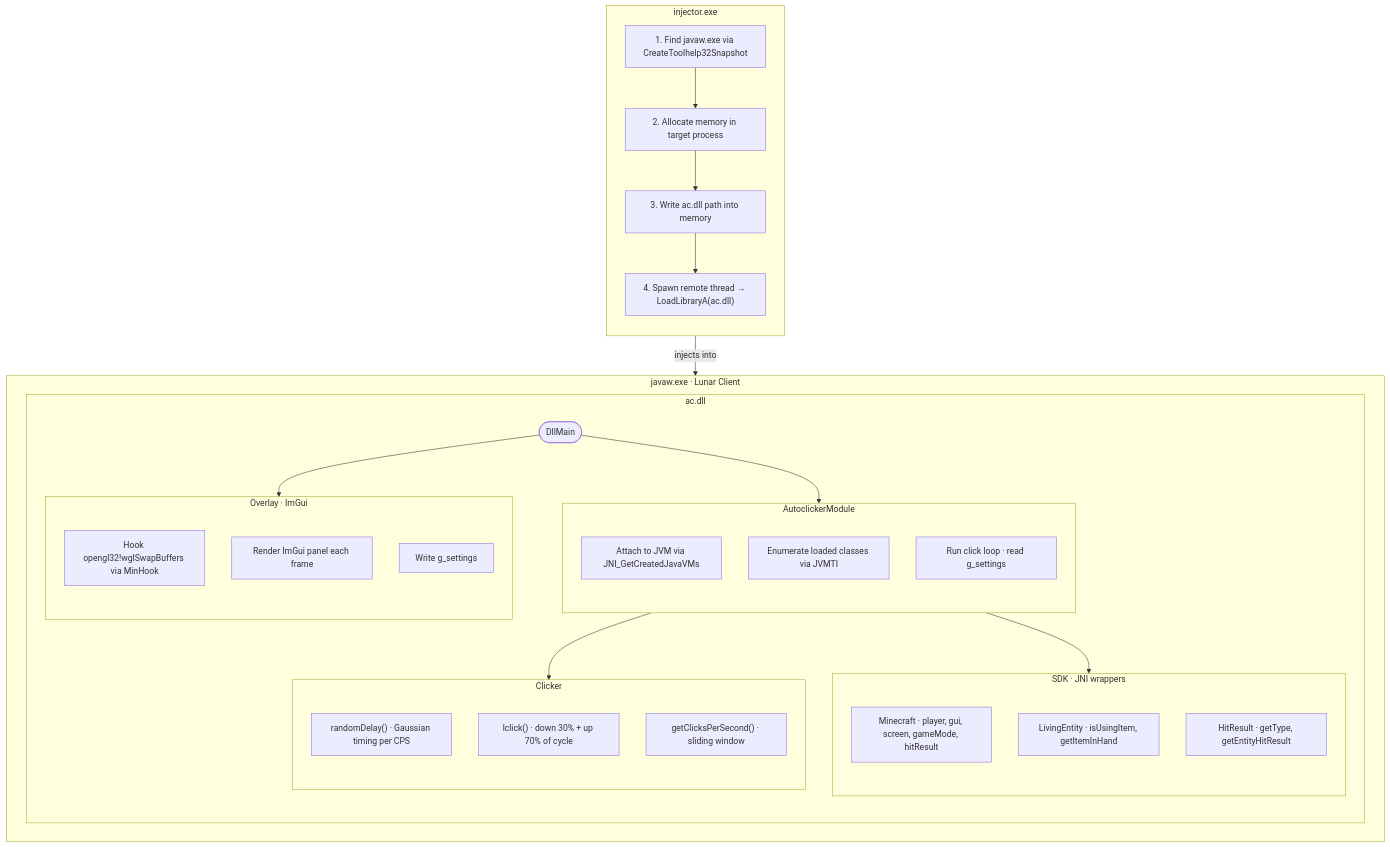
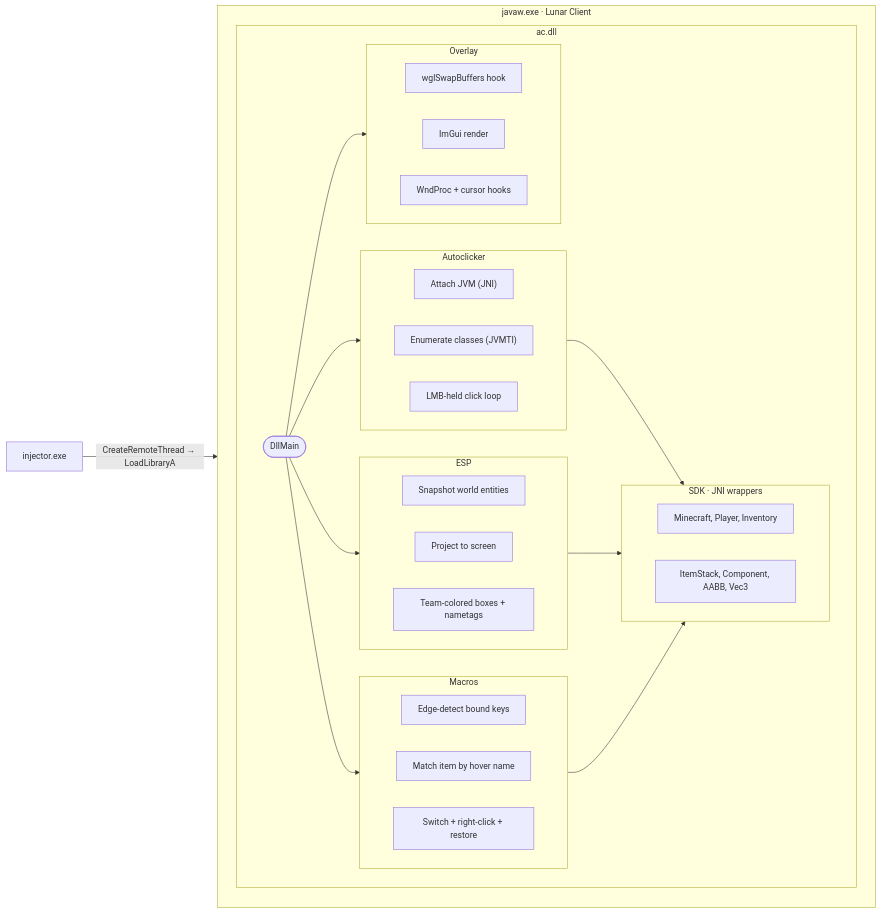
Before and after one commit to expires/autoclicker: the first of 2 diagrams in README.md, drawn with Mermaid. The commit also changed other lines of this file, not shown here.

````diff
--- a/README.md
+++ b/README.md
@@ -21,44 +13,47 @@
 ```mermaid
-flowchart TD
-    subgraph INJ["injector.exe"]
-        direction TB
-        i1["1. Find javaw.exe via CreateToolhelp32Snapshot"] --> i2["2. Allocate memory in target process"] --> i3["3. Write ac.dll path into memory"] --> i4["4. Spawn remote thread → LoadLibraryA(ac.dll)"]
-    end
-
-    INJ -->|"injects into"| JVM
+flowchart LR
+    INJ["injector.exe"] -->|"CreateRemoteThread → LoadLibraryA"| JVM
 
     subgraph JVM["javaw.exe · Lunar Client"]
         subgraph DLL["ac.dll"]
             DllMain(["DllMain"])
 
-            subgraph OVL["Overlay · ImGui"]
-                o1["Hook opengl32!wglSwapBuffers via MinHook"]
-                o2["Render ImGui panel each frame"]
-                o3["Write g_settings"]
+            subgraph OVL["Overlay"]
+                o1["wglSwapBuffers hook"]
+                o2["ImGui render"]
+                o3["WndProc + cursor hooks"]
             end
 
-            subgraph ACM["AutoclickerModule"]
-                a1["Attach to JVM via JNI_GetCreatedJavaVMs"]
-                a2["Enumerate loaded classes via JVMTI"]
-                a3["Run click loop · read g_settings"]
+            subgraph ACM["Autoclicker"]
+                a1["Attach JVM (JNI)"]
+                a2["Enumerate classes (JVMTI)"]
+                a3["LMB-held click loop"]
+            end
+
+            subgraph ESP["ESP"]
+                e1["Snapshot world entities"]
+                e2["Project to screen"]
+                e3["Team-colored boxes + nametags"]
+            end
+
+            subgraph MAC["Macros"]
+                m1["Edge-detect bound keys"]
+                m2["Match item by hover name"]
+                m3["Switch + right-click + restore"]
             end
 
             subgraph SDK["SDK · JNI wrappers"]
-                s1["Minecraft · player, gui, screen, gameMode, hitResult"]
-                s2["LivingEntity · isUsingItem, getItemInHand"]
-                s3["HitResult · getType, getEntityHitResult"]
-            end
-
-            subgraph CLK["Clicker"]
-                c1["randomDelay() · Gaussian timing per CPS"]
-                c2["lclick() · down 30% + up 70% of cycle"]
-                c3["getClicksPerSecond() · sliding window"]
+                s1["Minecraft, Player, Inventory"]
+                s2["ItemStack, Component, AABB, Vec3"]
             end
 
             DllMain --> OVL
             DllMain --> ACM
+            DllMain --> ESP
+            DllMain --> MAC
             ACM --> SDK
-            ACM --> CLK
+            ESP --> SDK
+            MAC --> SDK
         end
     end
 ```
````
